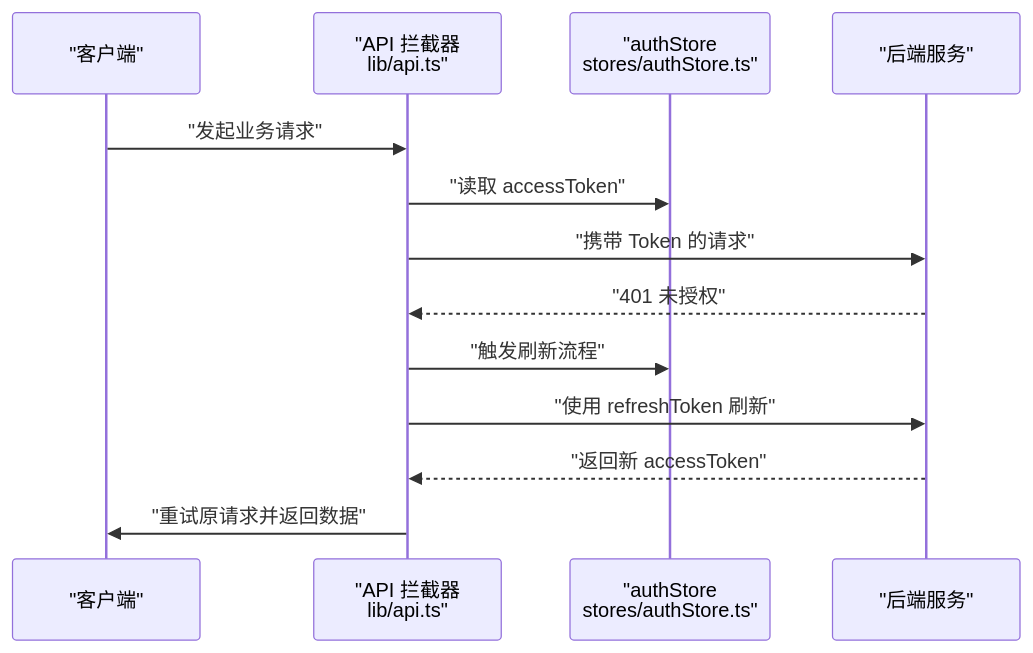
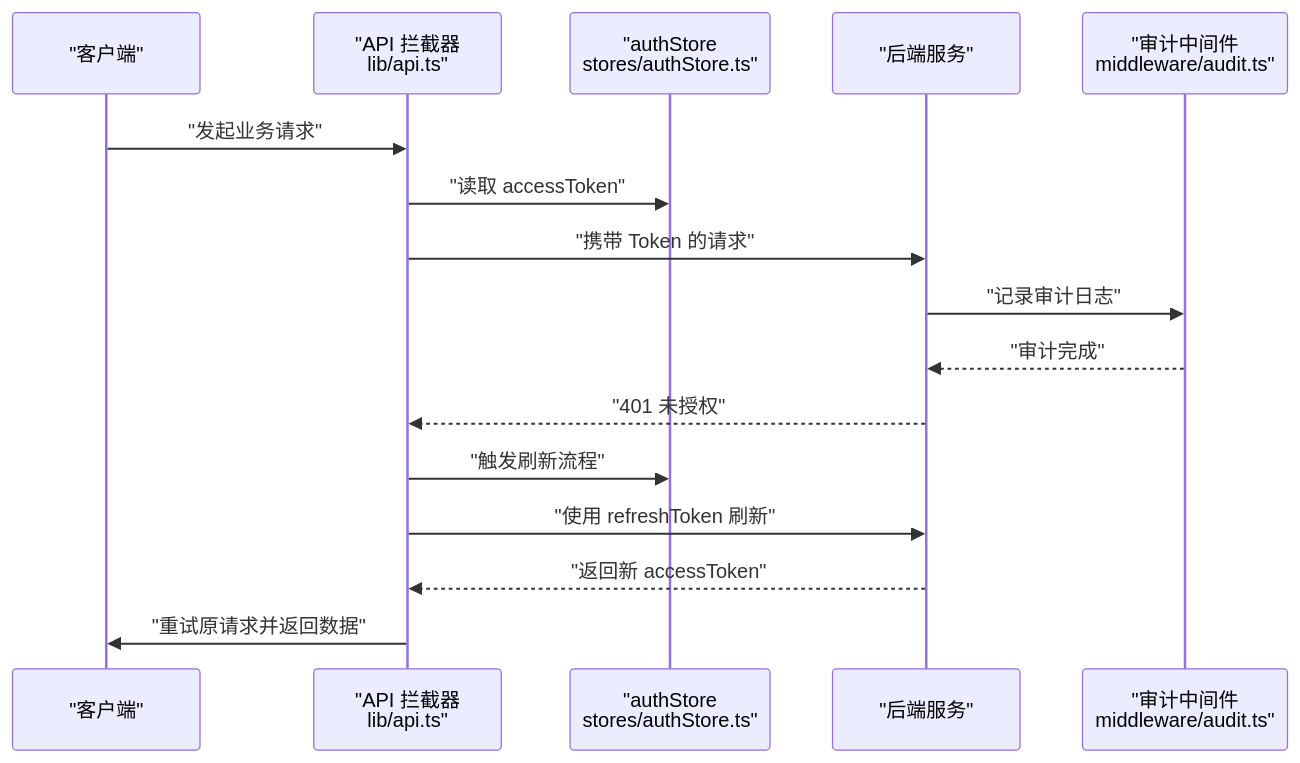
Before and after one commit to Damao997/newproject: the eighth of 9 diagrams in .qoder/repowiki/zh/content/核心模块/用户认证系统.md, drawn with Mermaid. The commit also changed other lines of this file and 26 other files, not shown here.

````diff
--- a/.qoder/repowiki/zh/content/核心模块/用户认证系统.md
+++ b/.qoder/repowiki/zh/content/核心模块/用户认证系统.md
@@ -351,15 +420,18 @@
 ```mermaid
 sequenceDiagram
 participant C as "客户端"
 participant I as "API 拦截器<br/>lib/api.ts"
 participant S as "authStore<br/>stores/authStore.ts"
 participant B as "后端服务"
+participant AD as "审计中间件<br/>middleware/audit.ts"
 C->>I : "发起业务请求"
 I->>S : "读取 accessToken"
 I->>B : "携带 Token 的请求"
+B->>AD : "记录审计日志"
+AD-->>B : "审计完成"
 B-->>I : "401 未授权"
 I->>S : "触发刷新流程"
 I->>B : "使用 refreshToken 刷新"
 B-->>I : "返回新 accessToken"
 I->>C : "重试原请求并返回数据"
 ```
````
